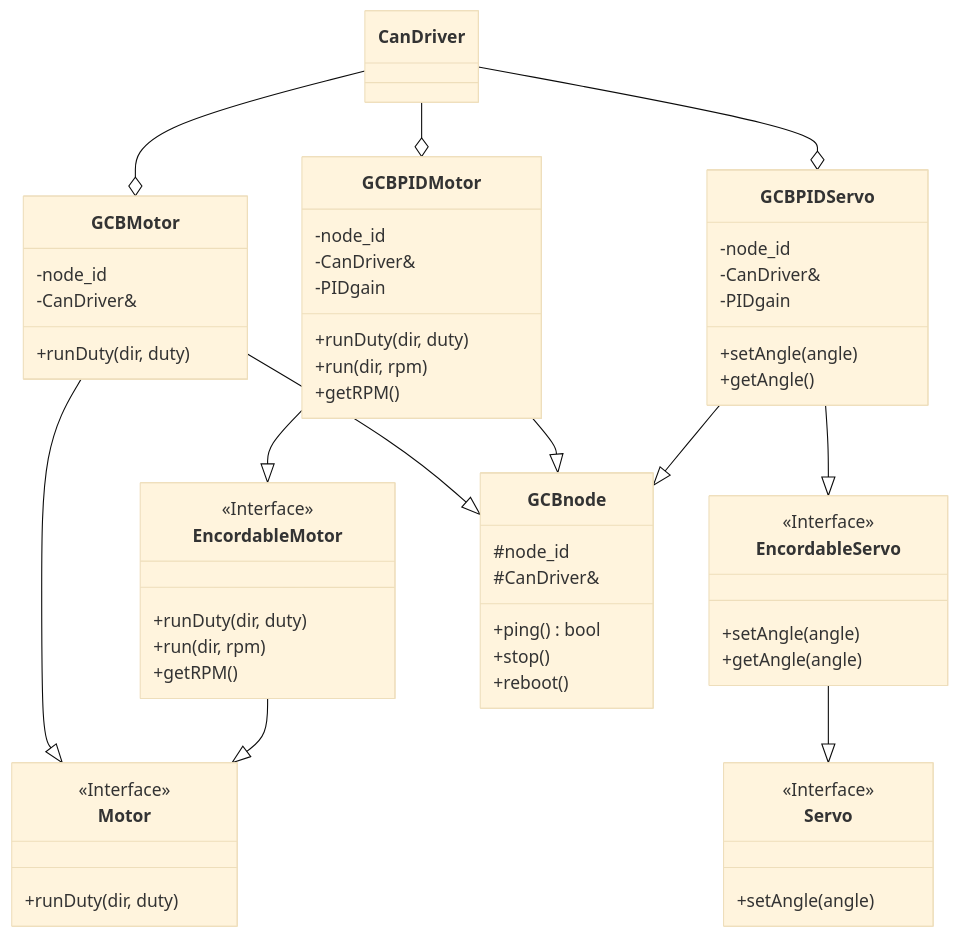
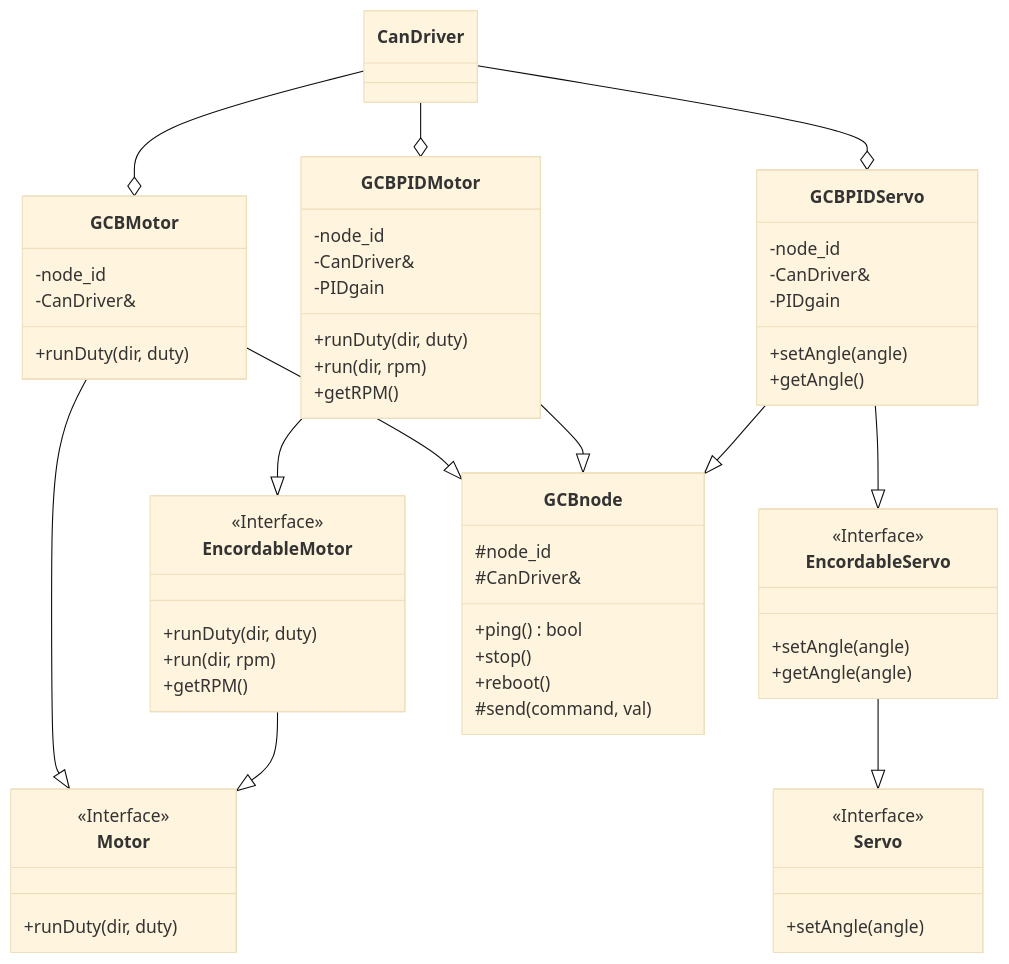
Before and after one commit to NiiRoboKen/general-circuit-board-master: the diagram in docs/class_design.md, drawn with Mermaid (base theme). The commit also changed other lines of this file, not shown here.

````diff
--- a/docs/class_design.md
+++ b/docs/class_design.md
@@ -5,63 +5,64 @@
 ```mermaid
 classDiagram
 
 class GCBMotor {
     +runDuty(dir, duty)
     -node_id
     -CanDriver&
 }
 class GCBPIDMotor {
     +runDuty(dir, duty)
     +run(dir, rpm)
     +getRPM()
     -node_id
     -CanDriver&
     -PIDgain
 }
 class GCBPIDServo {
     +setAngle(angle)
     +getAngle()
     -node_id
     -CanDriver&
     -PIDgain
 }
 
 class Motor {
     <<Interface>>
     +runDuty(dir, duty)
 }
 class EncordableMotor {
     <<Interface>>
     +runDuty(dir, duty)
     +run(dir, rpm)
     +getRPM()
 }
 class Servo {
     <<Interface>>
     +setAngle(angle)
 }
 class EncordableServo {
     <<Interface>>
     +setAngle(angle)
     +getAngle(angle)
 }
 class GCBnode {
     #node_id
     #CanDriver&
     +ping() bool
     +stop()
     +reboot()
+    #send(command, val)
 }
 
 GCBMotor --|> Motor
 GCBMotor --|> GCBnode
 GCBPIDMotor --|> EncordableMotor
 GCBPIDMotor --|> GCBnode
 GCBPIDServo --|> EncordableServo
 GCBPIDServo --|> GCBnode
 EncordableMotor --|> Motor
 EncordableServo --|> Servo
 CanDriver --o GCBMotor
 CanDriver --o GCBPIDMotor
 CanDriver --o GCBPIDServo
 ```
````
